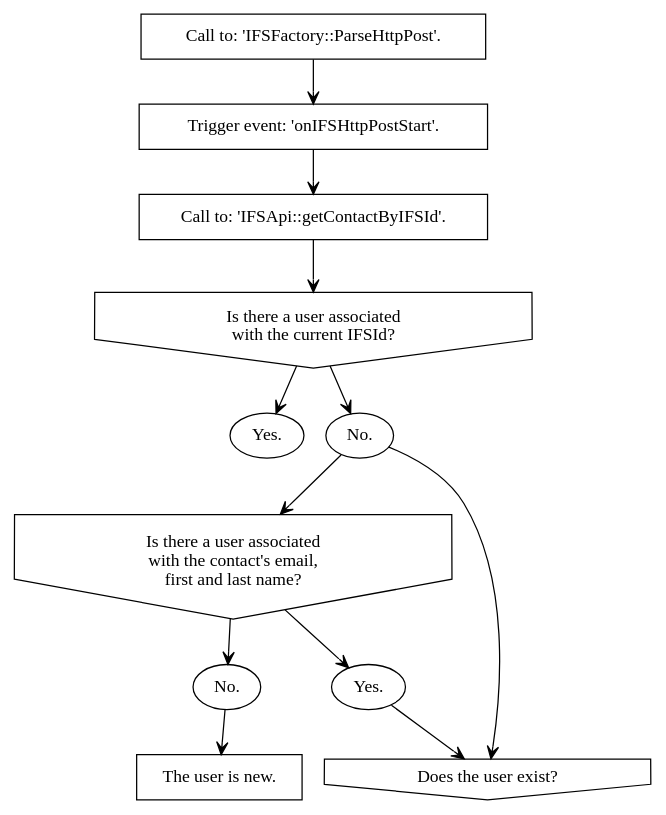
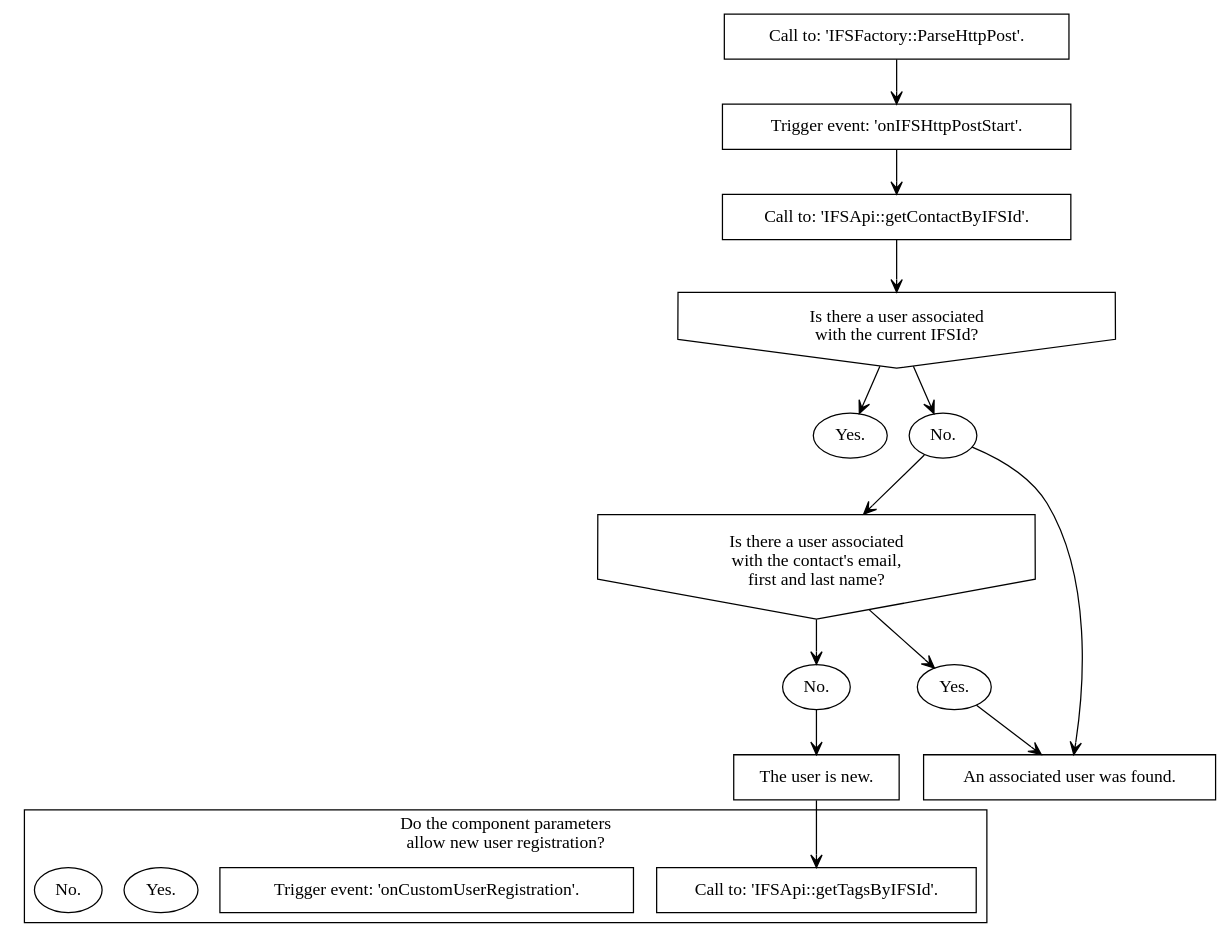
Before and after one commit to treste91/JoomFuse: the diagram in docs/procedures/register_user.rst, drawn with Graphviz.

```diff
--- a/docs/procedures/register_user.rst
+++ b/docs/procedures/register_user.rst
@@ -4,28 +4,38 @@
 .. graphviz::
 
    digraph {
    
       1 [label="Call to: 'IFSFactory::ParseHttpPost'." shape=rectangle]
       2 [label="Trigger event: 'onIFSHttpPostStart'." shape=rectangle]
       3 [label="Call to: 'IFSApi::getContactByIFSId'." shape=rectangle]
       4 [label="Is there a user associated\n with the current IFSId?" shape=invhouse]
       5 [label="Yes." shape=oval]
       6 [label="No." shape=oval]
       7 [label="Is there a user associated\n with the contact's email,\n first and last name?" shape=invhouse]
       8 [label="Yes." shape=oval]
-      9 [label="Does the user exist?" shape=invhouse]
+      9 [label="An associated user was found." shape=rectangle]
       10 [label="No." shape=oval]
       11 [label="The user is new." shape=rectangle]
+      
+      subgraph cluster_1 {
+         label="Do the component parameters\n allow new user registration?"
+         12 [label="Call to: 'IFSApi::getTagsByIFSId'." shape=rectangle]
+         13 [label="Trigger event: 'onCustomUserRegistration'." shape=rectangle]
+         14 [label="Yes." shape=oval]
+         15 [label="No." shape=oval]
+      }
+      
       
       1 -> 2 [arrowhead=vee arrowsize=1]
       2 -> 3 [arrowhead=vee arrowsize=1]
       3 -> 4 [arrowhead=vee arrowsize=1]
       4 -> 5 [arrowhead=vee arrowsize=1]
       4 -> 6 [arrowhead=vee arrowsize=1]
       6 -> 7 [arrowhead=vee arrowsize=1]
       7 -> 8 [arrowhead=vee arrowsize=1]
       8 -> 9 [arrowhead=vee arrowsize=1]
       6 -> 9 [arrowhead=vee arrowsize=1]
       7 -> 10 [arrowhead=vee arrowsize=1]
       10 -> 11 [arrowhead=vee arrowsize=1]
+      11 -> 12 [arrowhead=vee arrowsize=1]
    }
```
